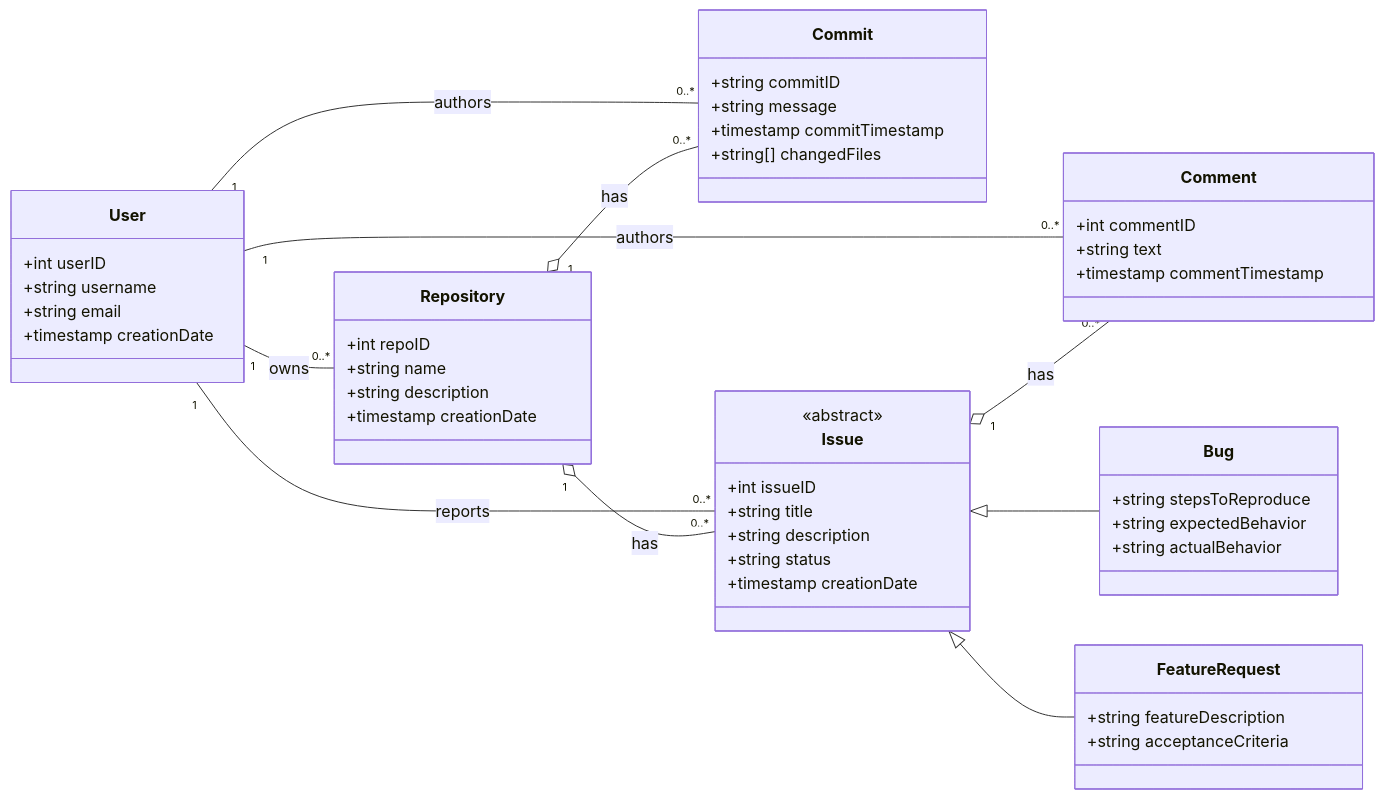
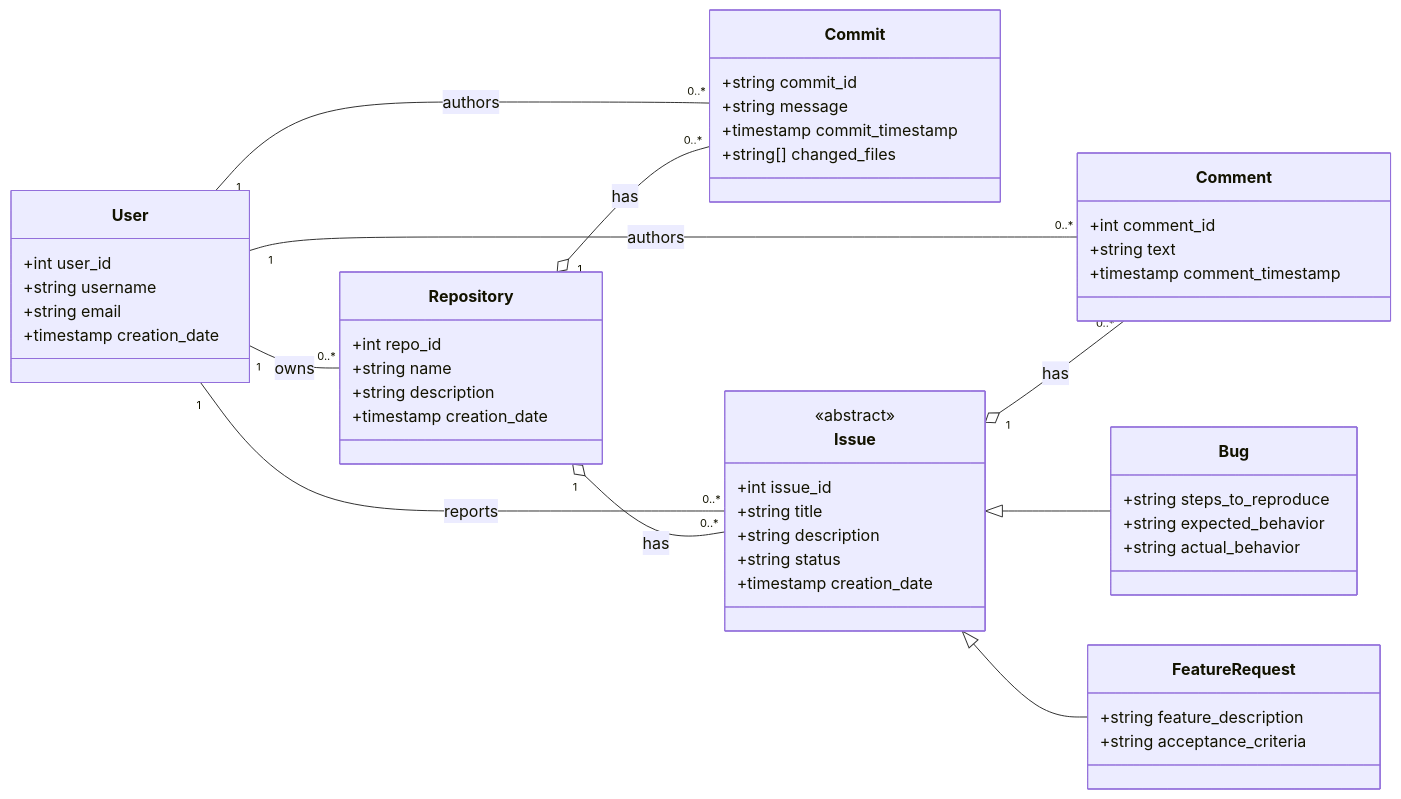
One commit to meowveloper-edu/buc-db-assignment-2 changed the diagram in task1-uml-diagram.md. Above: the diagram before and after it, drawn with Mermaid.

Commit message:
change to snake case

````diff
--- a/task1-uml-diagram.md
+++ b/task1-uml-diagram.md
@@ -1,63 +1,63 @@
 ```mermaid
 classDiagram
     direction LR
 
     class User {
-        +int userID
+        +int user_id
         +string username
         +string email
-        +timestamp creationDate
+        +timestamp creation_date
     }
 
     class Repository {
-        +int repoID
+        +int repo_id
         +string name
         +string description
-        +timestamp creationDate
+        +timestamp creation_date
     }
 
     class Commit {
-        +string commitID
+        +string commit_id
         +string message
-        +timestamp commitTimestamp
-        +string[] changedFiles
+        +timestamp commit_timestamp
+        +string[] changed_files
     }
 
     class Issue {
         <<abstract>>
-        +int issueID
+        +int issue_id
         +string title
         +string description
         +string status
-        +timestamp creationDate
+        +timestamp creation_date
     }
 
     class Bug {
-        +string stepsToReproduce
-        +string expectedBehavior
-        +string actualBehavior
+        +string steps_to_reproduce
+        +string expected_behavior
+        +string actual_behavior
     }
 
     class FeatureRequest {
-        +string featureDescription
-        +string acceptanceCriteria
+        +string feature_description
+        +string acceptance_criteria
     }
 
     class Comment {
-        +int commentID
+        +int comment_id
         +string text
-        +timestamp commentTimestamp
+        +timestamp comment_timestamp
     }
 
     User "1" -- "0..*" Repository : owns
     User "1" -- "0..*" Commit : authors
     User "1" -- "0..*" Issue : reports
     User "1" -- "0..*" Comment : authors
 
     Repository "1" o-- "0..*" Commit : has
     Repository "1" o-- "0..*" Issue : has
 
     Issue "1" o-- "0..*" Comment : has
     Issue <|-- Bug
     Issue <|-- FeatureRequest
 ```
````
